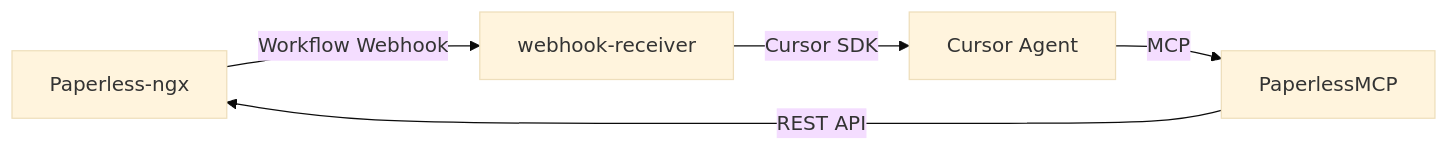
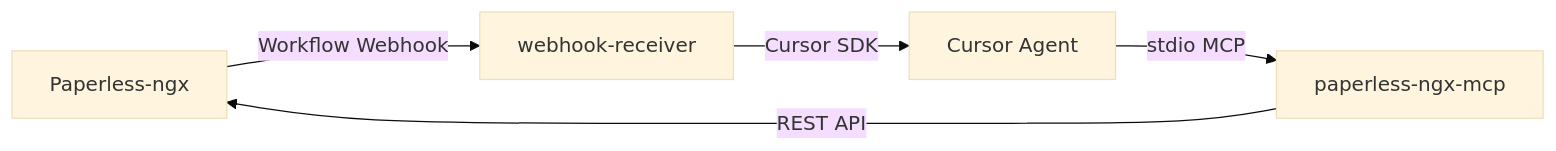
One commit to boexler/paperless-ai-tagger changed the diagram in README.md. Above: the diagram before and after it, drawn with Mermaid (base theme). The commit also changed other lines of this file and 8 other files, not shown here.

Commit message:
refactor(mcp): replace PaperlessMCP with freeformz stdio paperless-ngx-mcp

````diff
--- a/README.md
+++ b/README.md
@@ -9,7 +9,7 @@
 ```mermaid
 flowchart LR
     P[Paperless-ngx] -->|Workflow Webhook| W[webhook-receiver]
     W -->|Cursor SDK| A[Cursor Agent]
-    A -->|MCP| M[PaperlessMCP]
+    A -->|stdio MCP| M[paperless-ngx-mcp]
     M -->|REST API| P
 ```
````
